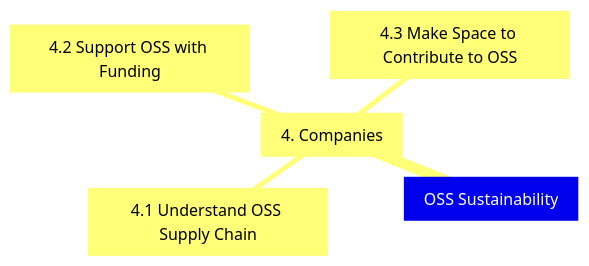
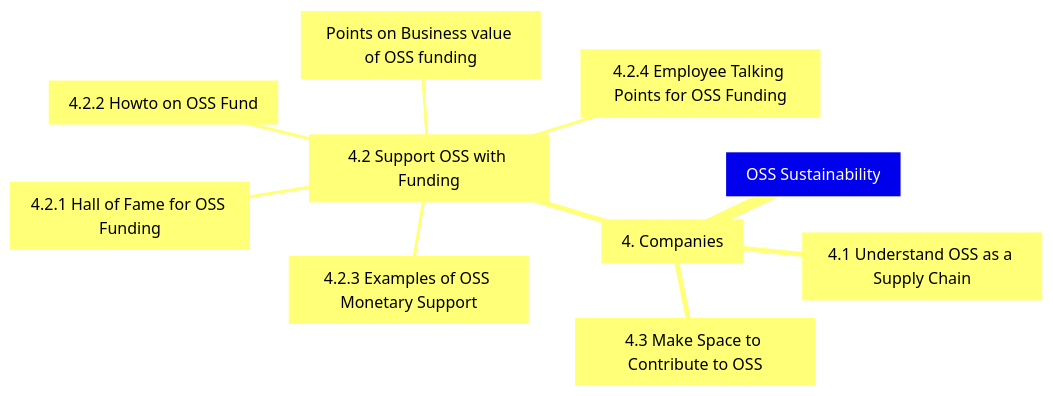
Before and after one commit to AWiderDotNET/home: the fourth of 7 diagrams in README.md, drawn with Mermaid. The commit also changed other lines of this file, not shown here.

````diff
--- a/README.md
+++ b/README.md
@@ -61,8 +61,13 @@
 ```mermaid
 mindmap
   root[OSS Sustainability]
     4[4. Companies]
-      4.1[4.1 Understand OSS Supply Chain]
+      4.1[4.1 Understand OSS as a Supply Chain]
       4.2[4.2 Support OSS with Funding]
+        4.2.1[4.2.1 Hall of Fame for OSS Funding]
+        4.2.2[4.2.2 Howto on OSS Fund]
+        4.2.3[4.2.3 Examples of OSS Monetary Support]
+        4.2.4[4.2.4 Employee Talking Points for OSS Funding]
+        4.2.5[Points on Business value of OSS funding]
       4.3[4.3 Make Space to Contribute to OSS]
 ```
````
